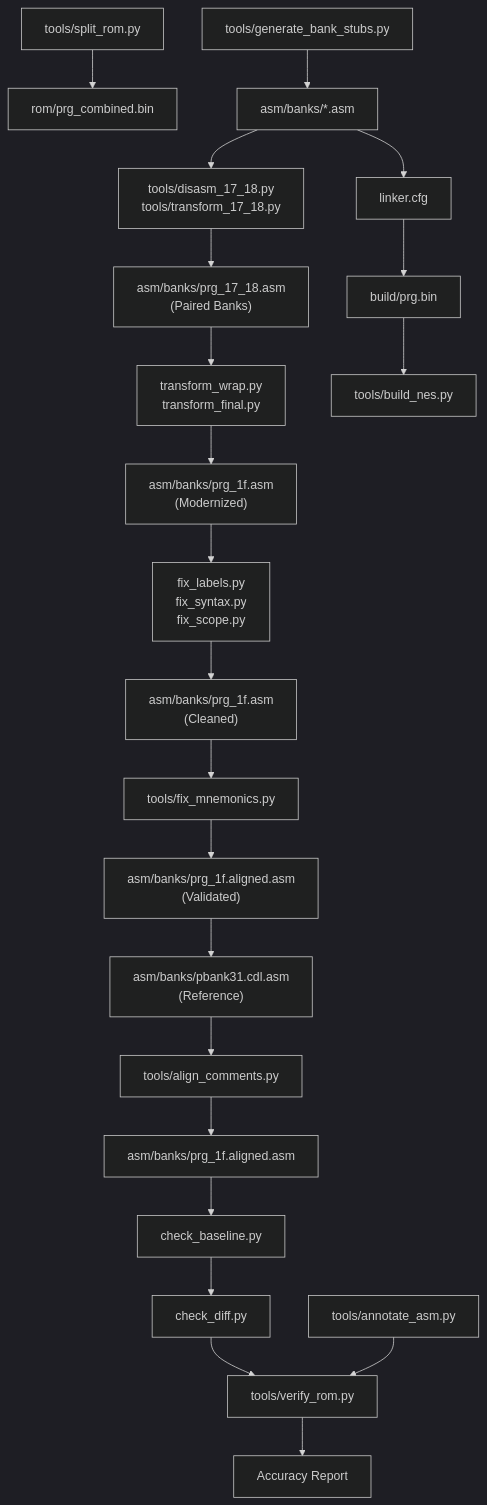
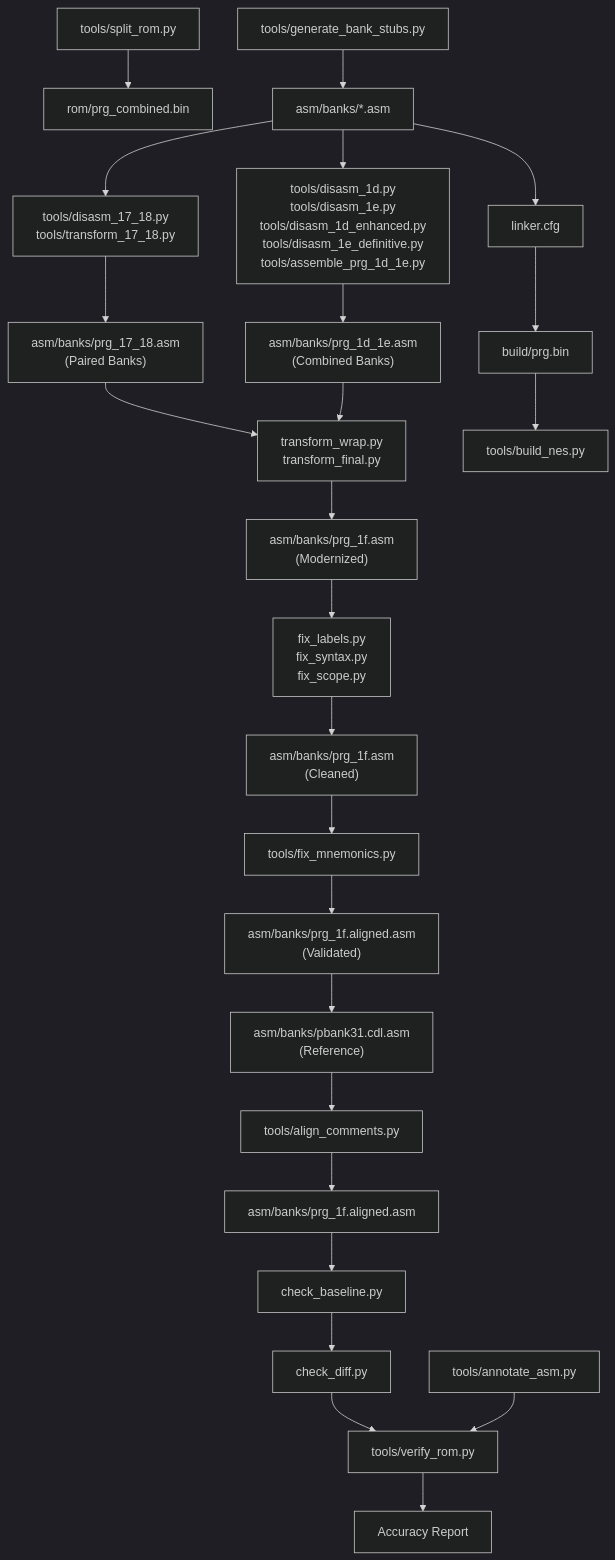
The seventh of 7 diagrams in .qoder/repowiki/en/content/Disassembly Workflow/Disassembly Workflow.md (rabbyzero/sango2dasm), drawn with Mermaid (dark theme) before and after one commit. The commit also changed other lines of this file and 15 other files, not shown here.

````diff
--- a/.qoder/repowiki/en/content/Disassembly Workflow/Disassembly Workflow.md
+++ b/.qoder/repowiki/en/content/Disassembly Workflow/Disassembly Workflow.md
@@ -619,24 +720,27 @@
 ```mermaid
 graph TB
 SPLIT["tools/split_rom.py"] --> BIN["rom/prg_combined.bin"]
 STUB["tools/generate_bank_stubs.py"] --> ASM["asm/banks/*.asm"]
 ASM --> DIS1718["tools/disasm_17_18.py<br/>tools/transform_17_18.py"]
 DIS1718 --> PAIR["asm/banks/prg_17_18.asm<br/>(Paired Banks)"]
+ASM --> DIS1D1E["tools/disasm_1d.py<br/>tools/disasm_1e.py<br/>tools/disasm_1d_enhanced.py<br/>tools/disasm_1e_definitive.py<br/>tools/assemble_prg_1d_1e.py"]
+DIS1D1E --> COMB["asm/banks/prg_1d_1e.asm<br/>(Combined Banks)"]
 PAIR --> TRANS["transform_wrap.py<br/>transform_final.py"]
+COMB --> TRANS
 TRANS --> MOD["asm/banks/prg_1f.asm<br/>(Modernized)"]
 MOD --> FIX["fix_labels.py<br/>fix_syntax.py<br/>fix_scope.py"]
 FIX --> CLEAN["asm/banks/prg_1f.asm<br/>(Cleaned)"]
 CLEAN --> REF["tools/fix_mnemonics.py"]
 REF --> VALID["asm/banks/prg_1f.aligned.asm<br/>(Validated)"]
 VALID --> CDL["asm/banks/pbank31.cdl.asm<br/>(Reference)"]
 CDL --> ALIGN["tools/align_comments.py"]
 ALIGN --> ALIGNED["asm/banks/prg_1f.aligned.asm"]
 ALIGNED --> BASE["check_baseline.py"]
 BASE --> DIFF["check_diff.py"]
 DIFF --> VERIFY["tools/verify_rom.py"]
 VERIFY --> ACC["Accuracy Report"]
 ASM --> LINK["linker.cfg"]
 LINK --> OBJ["build/prg.bin"]
 OBJ --> NES["tools/build_nes.py"]
 ANNO["tools/annotate_asm.py"] --> VERIFY
 ```
````
